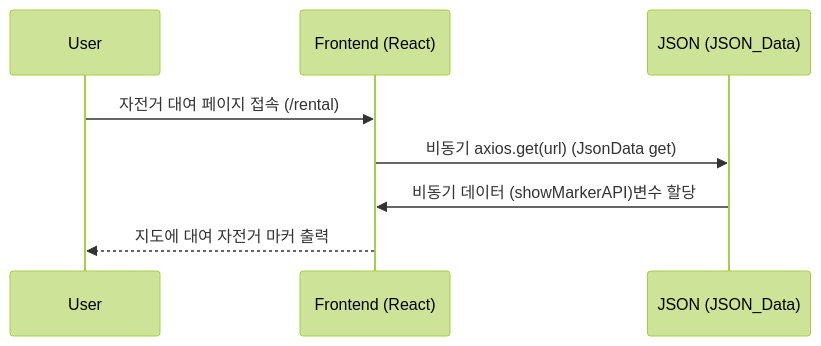
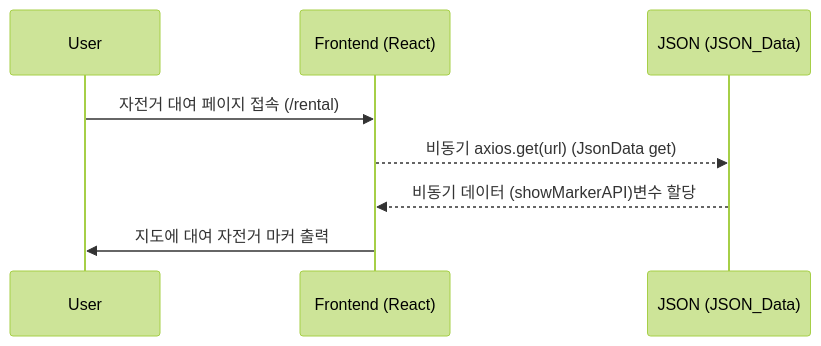
One commit to KwonYongBin/bicycle-app changed the first of 2 diagrams in Rental.md. Above: the diagram before and after it, drawn with Mermaid (forest theme). The commit also changed other lines of this file, not shown here.

````diff
--- a/Rental.md
+++ b/Rental.md
@@ -3,11 +2,11 @@
 ```mermaid
 sequenceDiagram
     participant User
     participant Frontend as Frontend (React)
     participant JSON as JSON (JSON_Data)
 
     User ->> Frontend: 자전거 대여 페이지 접속 (/rental)
-    Frontend ->> JSON: 비동기 axios.get(url) (JsonData get)
-    JSON ->> Frontend: 비동기 데이터 (showMarkerAPI)변수 할당
-    Frontend -->> User: 지도에 대여 자전거 마커 출력
+    Frontend -->> JSON: 비동기 axios.get(url) (JsonData get)
+    JSON -->> Frontend: 비동기 데이터 (showMarkerAPI)변수 할당
+    Frontend ->> User: 지도에 대여 자전거 마커 출력
 ```
````
